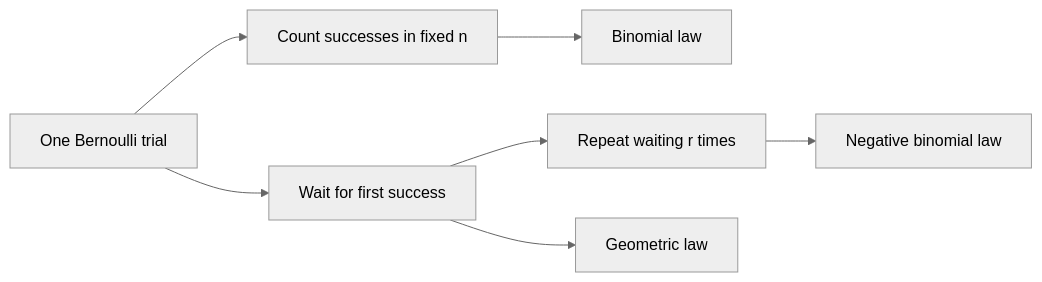
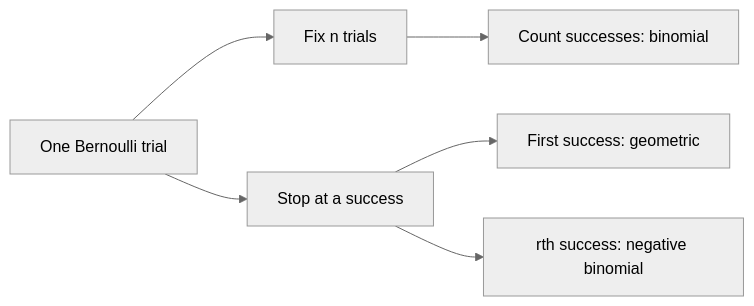
The diagram in docs/math/probability-and-random-variables/bernoulli-binomial-geometric-negative-binomial.md (justinbrianhwang/SJ-wiki), drawn with Mermaid (neutral theme) before and after one commit. The commit also changed other lines of this file and 166 other files, not shown here.

````diff
--- a/docs/math/probability-and-random-variables/bernoulli-binomial-geometric-negative-binomial.md
+++ b/docs/math/probability-and-random-variables/bernoulli-binomial-geometric-negative-binomial.md
@@ -143,9 +12,8 @@
 ```mermaid
 graph LR
-  A["One Bernoulli trial"] --> B["Count successes in fixed n"]
-  A --> C["Wait for first success"]
-  C --> D["Repeat waiting r times"]
-  B --> E["Binomial law"]
-  C --> F["Geometric law"]
-  D --> G["Negative binomial law"]
+  A["One Bernoulli trial"] --> B["Fix n trials"]
+  A --> C["Stop at a success"]
+  B --> D["Count successes: binomial"]
+  C --> E["First success: geometric"]
+  C --> F["rth success: negative binomial"]
 ```
````
